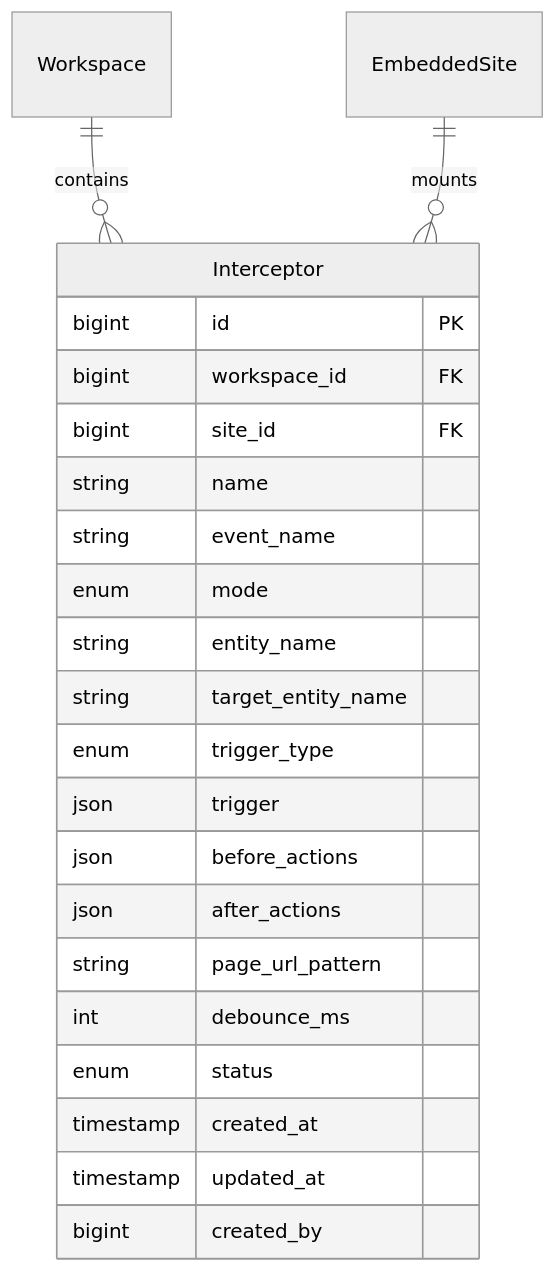
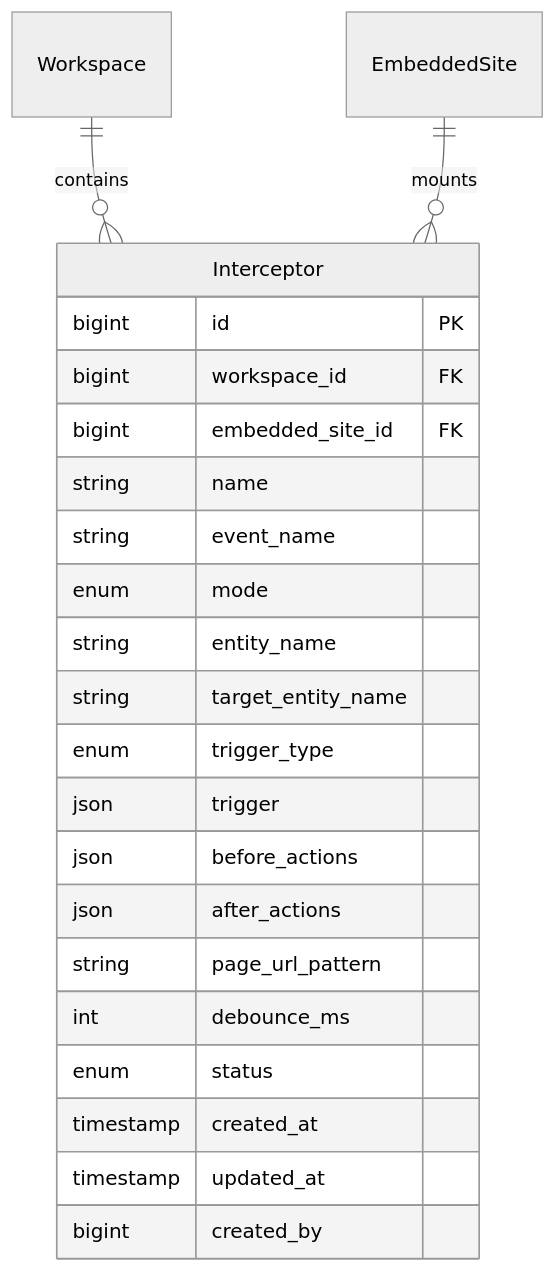
Before and after one commit to zhaoxin34/matrix: the first of 2 diagrams in neo/design/docs/technical/workspaces/interceptor.md, drawn with Mermaid (neutral theme). The commit also changed other lines of this file and 1 other file, not shown here.

````diff
--- a/neo/design/docs/technical/workspaces/interceptor.md
+++ b/neo/design/docs/technical/workspaces/interceptor.md
@@ -32,26 +35,26 @@
 ```mermaid
 erDiagram
     Workspace ||--o{ Interceptor : contains
     EmbeddedSite ||--o{ Interceptor : mounts
 
     Interceptor {
         bigint id PK
         bigint workspace_id FK
-        bigint site_id FK
+        bigint embedded_site_id FK
         string name
         string event_name
         enum mode
         string entity_name
         string target_entity_name
         enum trigger_type
         json trigger
         json before_actions
         json after_actions
         string page_url_pattern
         int debounce_ms
         enum status
         timestamp created_at
         timestamp updated_at
         bigint created_by
     }
 ```
````
